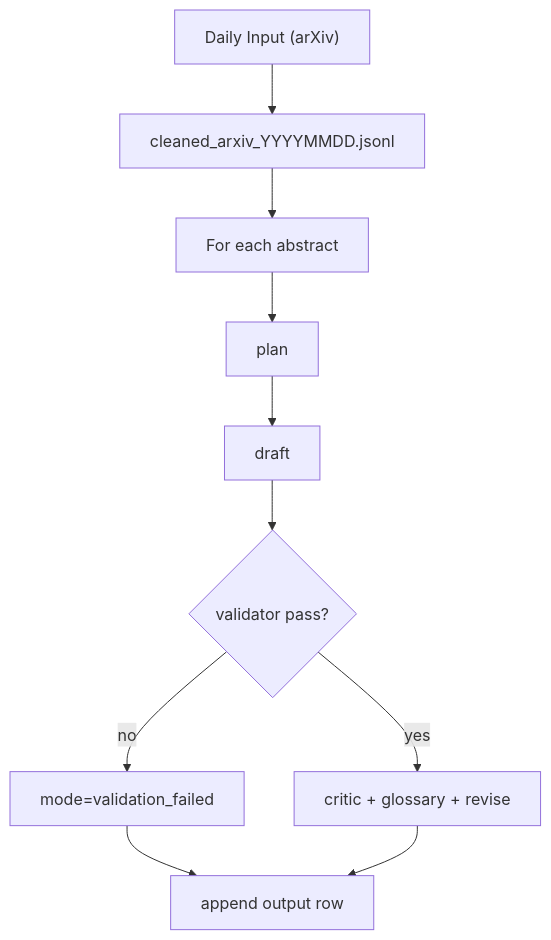
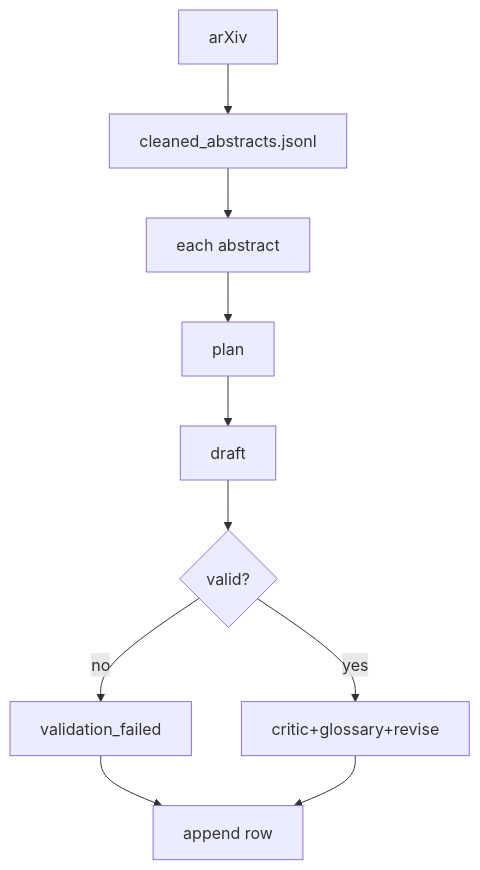
Before and after one commit to daspushpita/MiniAstroGPT: the second of 2 diagrams in README.md, drawn with Mermaid. The commit also changed other lines of this file, not shown here.

````diff
--- a/README.md
+++ b/README.md
@@ -46,12 +50,12 @@
 ```mermaid
 flowchart TD
-  I["Daily Input (arXiv)"] --> C["cleaned_arxiv_YYYYMMDD.jsonl"]
-  C --> R["For each abstract"]
+  I["arXiv"] --> C["cleaned_abstracts.jsonl"]
+  C --> R["each abstract"]
   R --> P["plan"]
   P --> W["draft"]
-  W --> V{"validator pass?"}
-  V -- "no" --> F["mode=validation_failed"]
-  V -- "yes" --> K["critic + glossary + revise"]
-  F --> O["append output row"]
-  K --> O["append output row"]
+  W --> V{"valid?"}
+  V -- "no" --> F["validation_failed"]
+  V -- "yes" --> K["critic+glossary+revise"]
+  F --> O["append row"]
+  K --> O["append row"]
 ```
````
